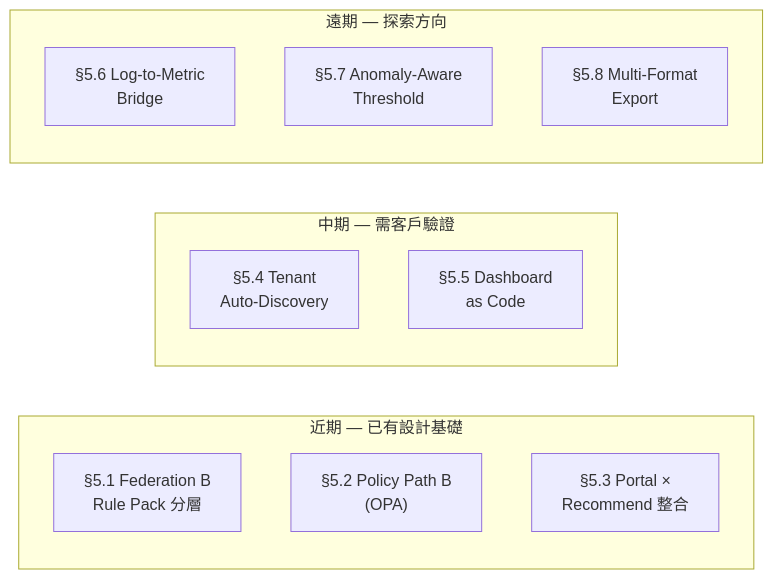
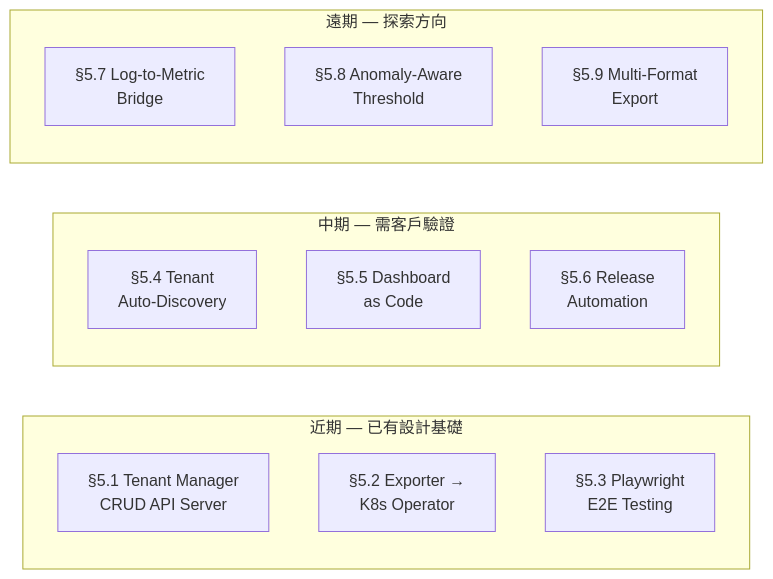
The sixth of 6 diagrams in docs/architecture-and-design.md (vencil/Dynamic-Alerting-Integrations), drawn with Mermaid before and after one commit. The commit also changed other lines of this file and 189 other files, not shown here.

````diff
--- a/docs/architecture-and-design.md
+++ b/docs/architecture-and-design.md
@@ -1050,17 +1050,18 @@
 ```mermaid
 graph LR
     subgraph Near["近期 — 已有設計基礎"]
-        FB["§5.1 Federation B<br/>Rule Pack 分層"]
-        PB["§5.2 Policy Path B<br/>(OPA)"]
-        PR["§5.3 Portal ×<br/>Recommend 整合"]
+        API["§5.1 Tenant Manager<br/>CRUD API Server"]
+        OP["§5.2 Exporter →<br/>K8s Operator"]
+        PW["§5.3 Playwright<br/>E2E Testing"]
     end
     subgraph Mid["中期 — 需客戶驗證"]
         AD["§5.4 Tenant<br/>Auto-Discovery"]
         GD["§5.5 Dashboard<br/>as Code"]
+        RA["§5.6 Release<br/>Automation"]
     end
     subgraph Far["遠期 — 探索方向"]
-        LM["§5.6 Log-to-Metric<br/>Bridge"]
-        AM["§5.7 Anomaly-Aware<br/>Threshold"]
-        MF["§5.8 Multi-Format<br/>Export"]
+        LM["§5.7 Log-to-Metric<br/>Bridge"]
+        AM["§5.8 Anomaly-Aware<br/>Threshold"]
+        MF["§5.9 Multi-Format<br/>Export"]
     end
 ```
````
